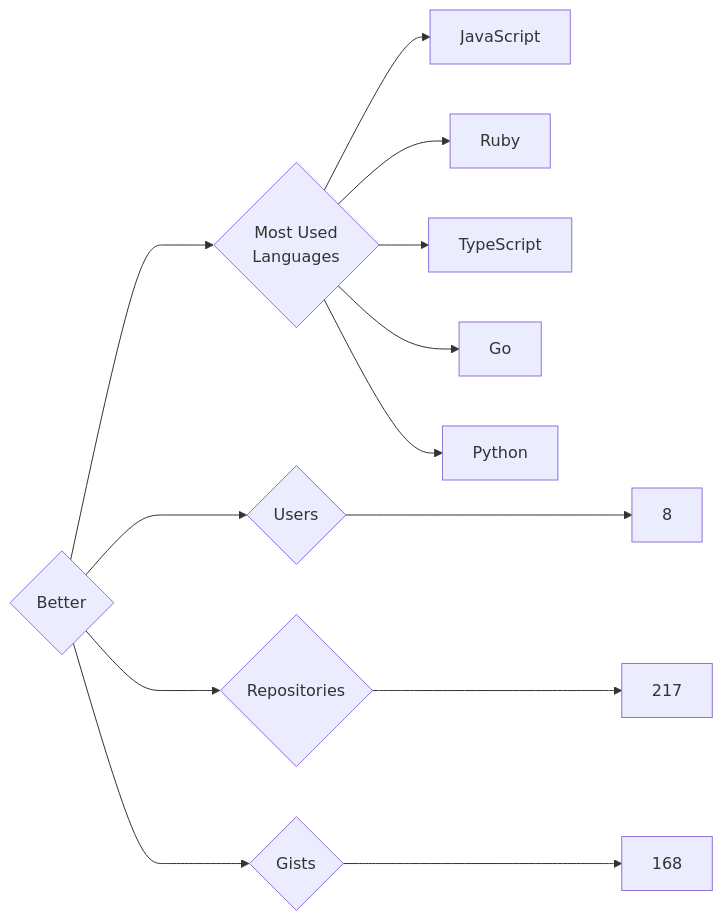
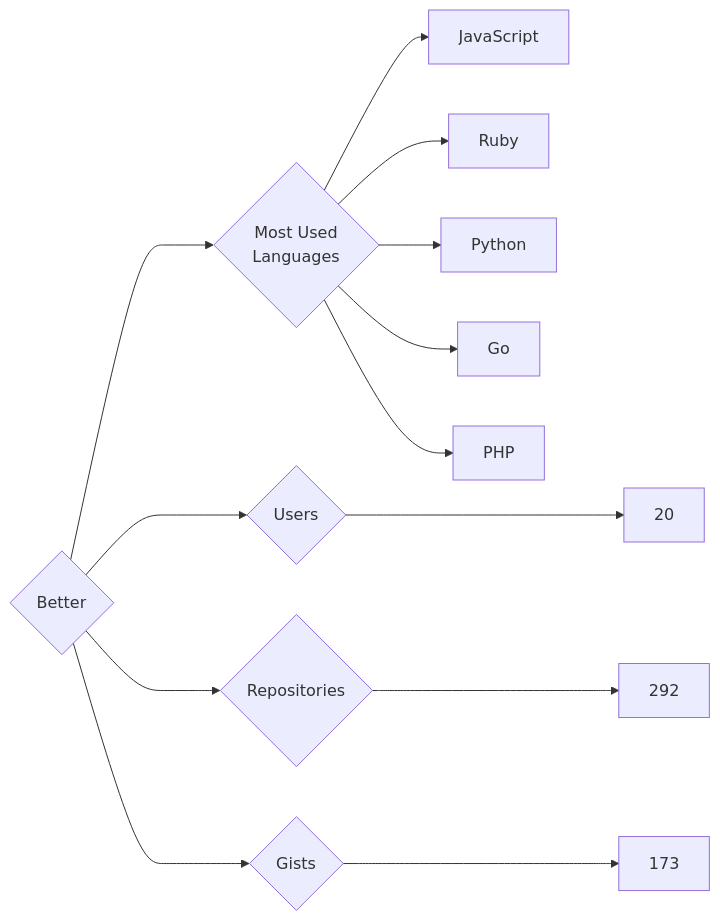
Before and after one commit to trickest/insiders: the diagram in targets/Better/README.md, drawn with Mermaid. The commit also changed 932 other files, not shown here.

````diff
--- a/targets/Better/README.md
+++ b/targets/Better/README.md
@@ -3,13 +3,13 @@
 ```mermaid
 graph LR
 COMPANY_NAME{Better}
-COMPANY_NAME ---> U{Users} ---> UN[8]
-COMPANY_NAME ---> R{Repositories} ---> RN[217]
-COMPANY_NAME ---> G{Gists} ---> GN[168]
+COMPANY_NAME ---> U{Users} ---> UN[20]
+COMPANY_NAME ---> R{Repositories} ---> RN[292]
+COMPANY_NAME ---> G{Gists} ---> GN[173]
 COMPANY_NAME ---> ML{Most Used<br>Languages}
 ML --> JavaScript[JavaScript]
 ML --> Ruby[Ruby]
-ML --> TypeScript[TypeScript]
+ML --> Python[Python]
 ML --> Go[Go]
-ML --> Python[Python]
+ML --> PHP[PHP]
 ```
````
